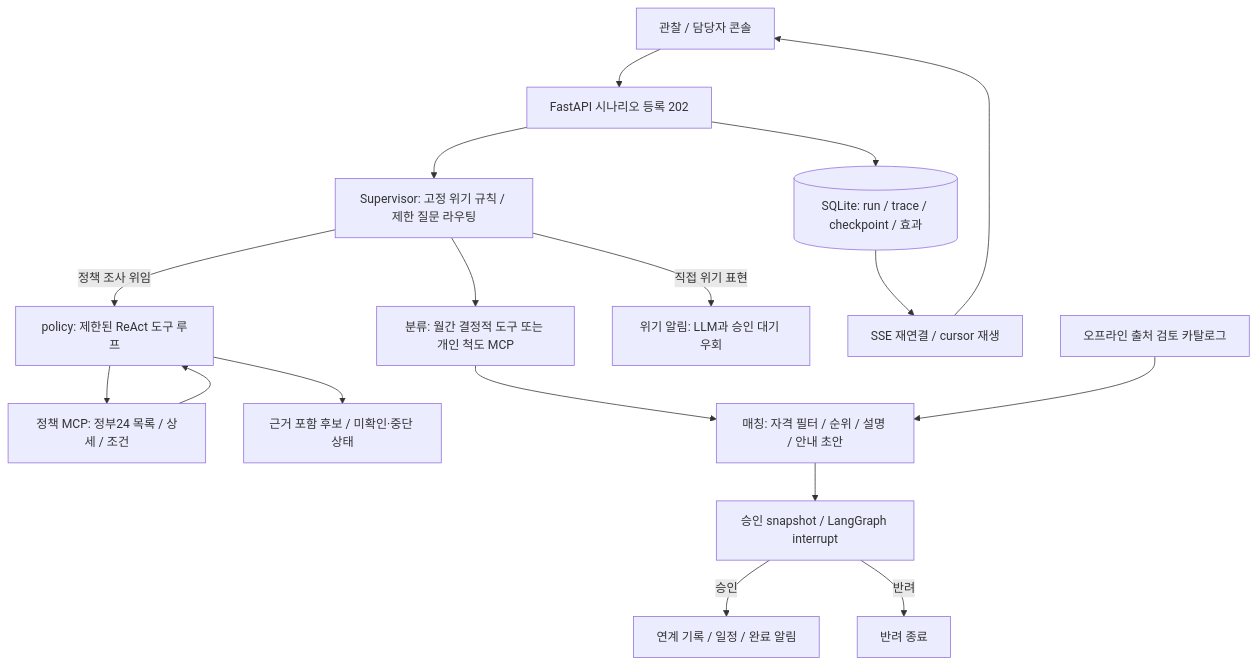
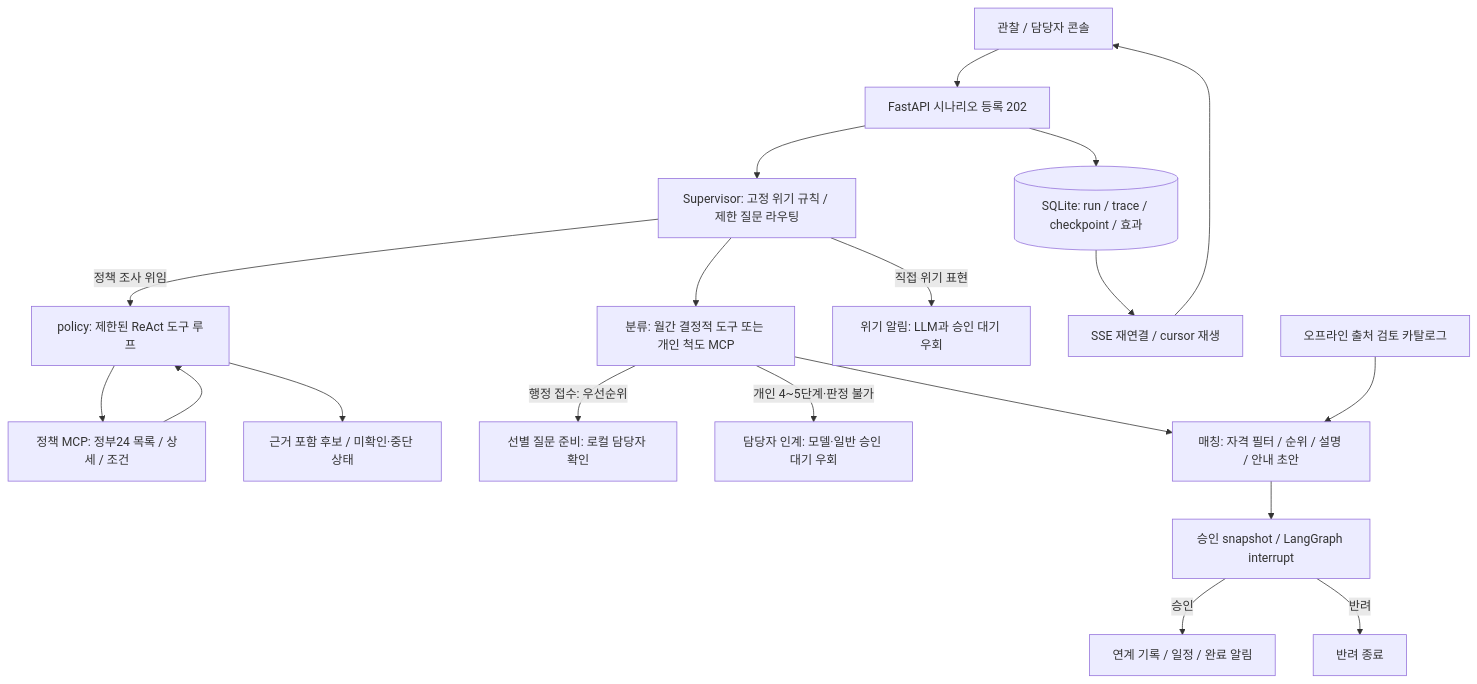
Before and after one commit to space-jakdang/beyond-hello-mas: the diagram in docs/architecture.md, drawn with Mermaid. The commit also changed other lines of this file and 9 other files, not shown here.

````diff
--- a/docs/architecture.md
+++ b/docs/architecture.md
@@ -5,19 +5,21 @@
 ```mermaid
 flowchart TD
     UI[관찰 / 담당자 콘솔] --> API[FastAPI 시나리오 등록 202]
     API --> S[Supervisor: 고정 위기 규칙 / 제한 질문 라우팅]
     S -->|정책 조사 위임| P[policy: 제한된 ReAct 도구 루프]
     P --> MCP[정책 MCP: 정부24 목록 / 상세 / 조건]
     MCP --> P
     P --> PR[근거 포함 후보 / 미확인·중단 상태]
     S --> C[분류: 월간 결정적 도구 또는 개인 척도 MCP]
+    C -->|행정 접수: 우선순위| Q[선별 질문 준비: 로컬 담당자 확인]
+    C -->|개인 4~5단계·판정 불가| H[담당자 인계: 모델·일반 승인 대기 우회]
     C --> M[매칭: 자격 필터 / 순위 / 설명 / 안내 초안]
     M --> A[승인 snapshot / LangGraph interrupt]
     A -->|승인| L[연계 기록 / 일정 / 완료 알림]
     A -->|반려| R[반려 종료]
     S -->|직접 위기 표현| W[위기 알림: LLM과 승인 대기 우회]
     API --> DB[(SQLite: run / trace / checkpoint / 효과)]
     DB --> SSE[SSE 재연결 / cursor 재생]
     SSE --> UI
     CAT[오프라인 출처 검토 카탈로그] --> M
 ```
````
